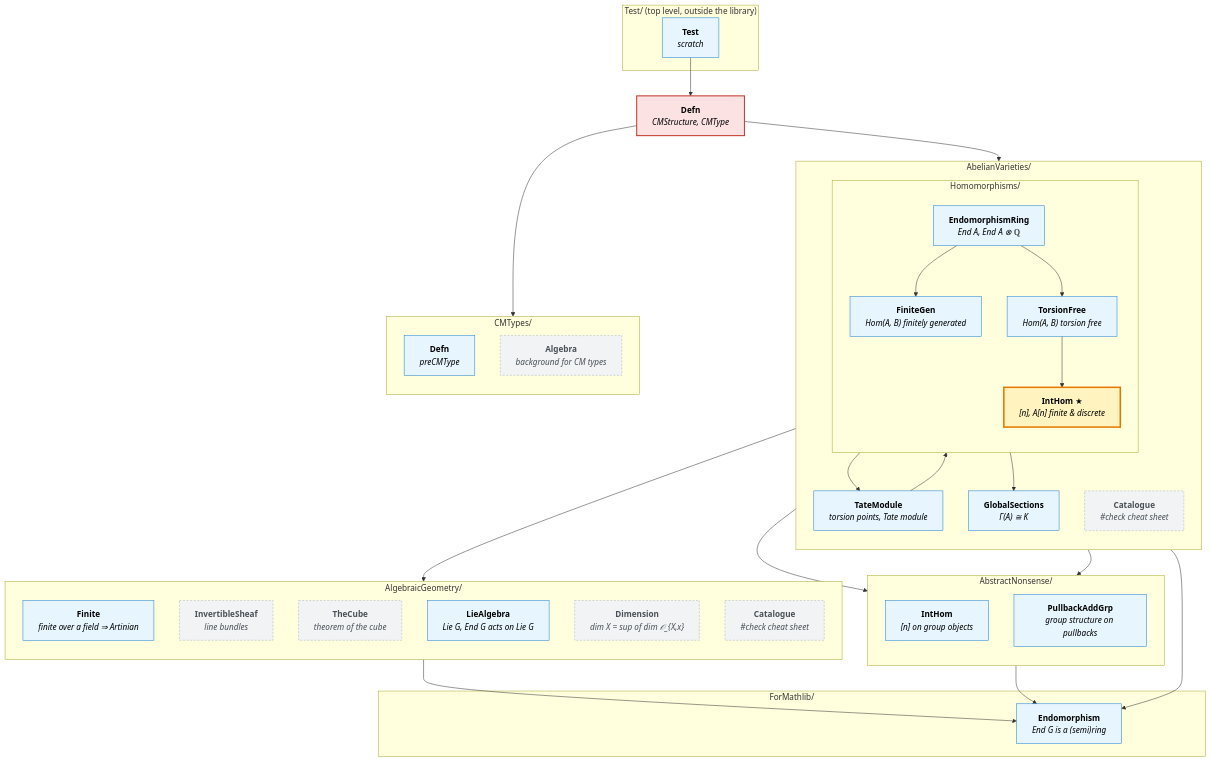
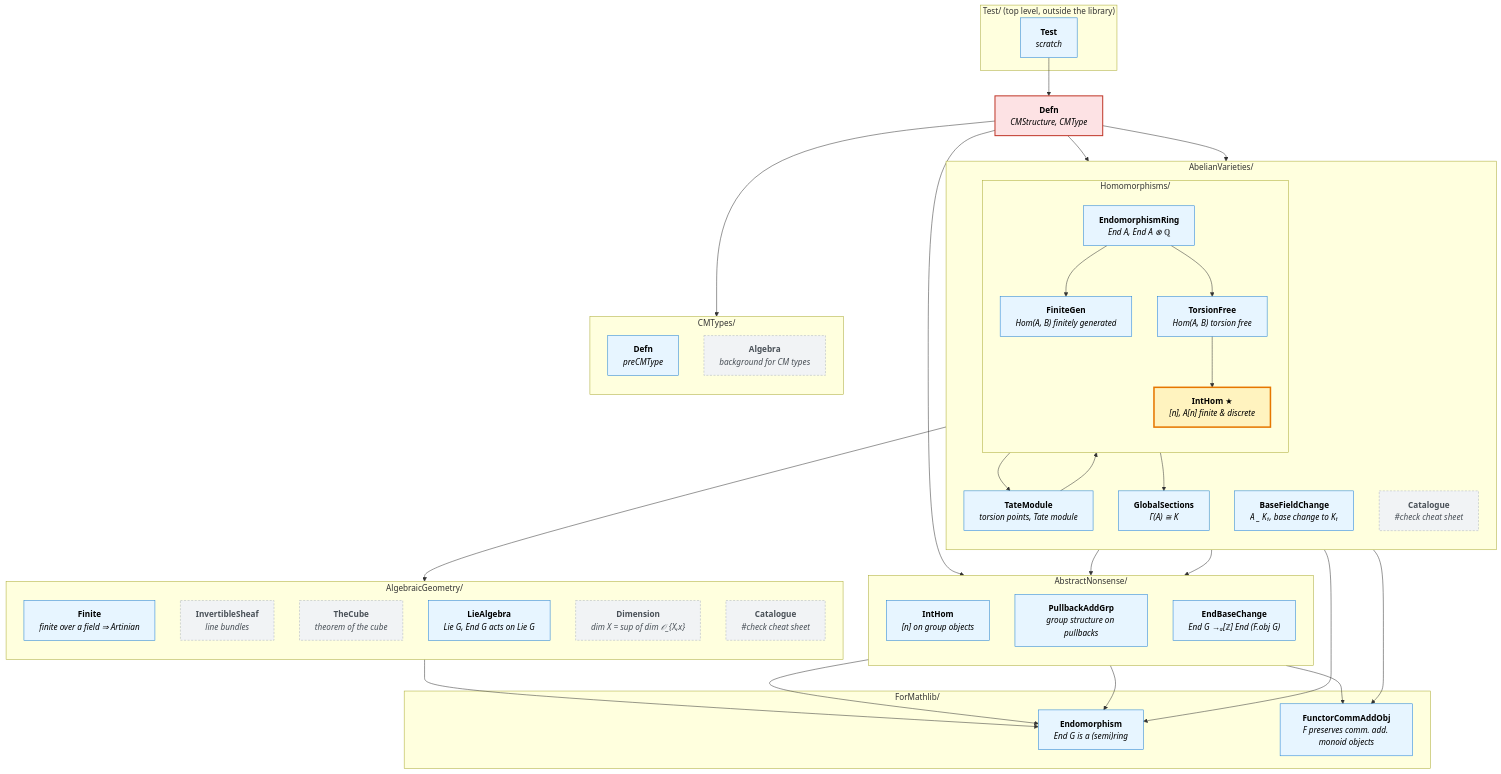
One commit to abhijitaj1997/CMAbelianVarieties changed the diagram in MindMap.md. Above: the diagram before and after it, drawn with Mermaid. The commit also changed 2 other files, not shown here.

Commit message:
chore: complete end-of-session checklist

````diff
--- a/MindMap.md
+++ b/MindMap.md
@@ -16,6 +16,7 @@
     direction TB
     GlobalSections["<b>GlobalSections</b><br/><i>Γ(A) ≅ K</i>"]
     TateModule["<b>TateModule</b><br/><i>torsion points, Tate module</i>"]
+    BaseFieldChange["<b>BaseFieldChange</b><br/><i>A _ K₁, base change to K₁</i>"]
     AVCatalogue["<b>Catalogue</b><br/><i>#check cheat sheet</i>"]
     subgraph HOM["Homomorphisms/"]
       direction TB
@@ -31,6 +32,7 @@
     direction TB
     IntHomAN["<b>IntHom</b><br/><i>[n] on group objects</i>"]
     PullbackAddGrp["<b>PullbackAddGrp</b><br/><i>group structure on pullbacks</i>"]
+    EndBaseChange["<b>EndBaseChange</b><br/><i>End G →ₐ[ℤ] End (F.obj G)</i>"]
   end
 
   %% ---------- AlgebraicGeometry ----------
@@ -47,6 +49,7 @@
   %% ---------- ForMathlib ----------
   subgraph FM["ForMathlib/"]
     Endomorphism["<b>Endomorphism</b><br/><i>End G is a (semi)ring</i>"]
+    FunctorCommAddObj["<b>FunctorCommAddObj</b><br/><i>F preserves comm. add. monoid objects</i>"]
   end
 
   %% ---------- CMTypes ----------
@@ -64,6 +67,11 @@
   %% ---------- imports ----------
   Defn --> EndomorphismRing
   Defn --> CMDefn
+  Defn --> BaseFieldChange
+  Defn --> EndBaseChange
+  BaseFieldChange --> FunctorCommAddObj
+  EndBaseChange --> Endomorphism
+  EndBaseChange --> FunctorCommAddObj
   EndomorphismRing --> FiniteGen
   EndomorphismRing --> TorsionFree
   EndomorphismRing --> Endomorphism
@@ -86,6 +94,6 @@
 
   class Defn goal
   class IntHomAV hub
-  class EndomorphismRing,FiniteGen,TorsionFree,TateModule,GlobalSections,IntHomAN,PullbackAddGrp,Finite,Endomorphism,LieAlgebra,CMDefn,Test connected
+  class EndomorphismRing,FiniteGen,TorsionFree,TateModule,GlobalSections,IntHomAN,PullbackAddGrp,Finite,Endomorphism,LieAlgebra,CMDefn,Test,BaseFieldChange,EndBaseChange,FunctorCommAddObj connected
   class AVCatalogue,InvertibleSheaf,TheCube,AGCatalogue,Dimension,CMAlgebra unused
 ```
````
